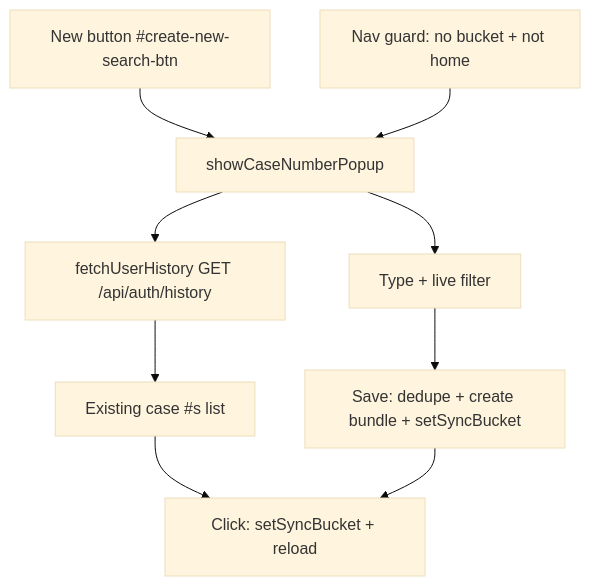
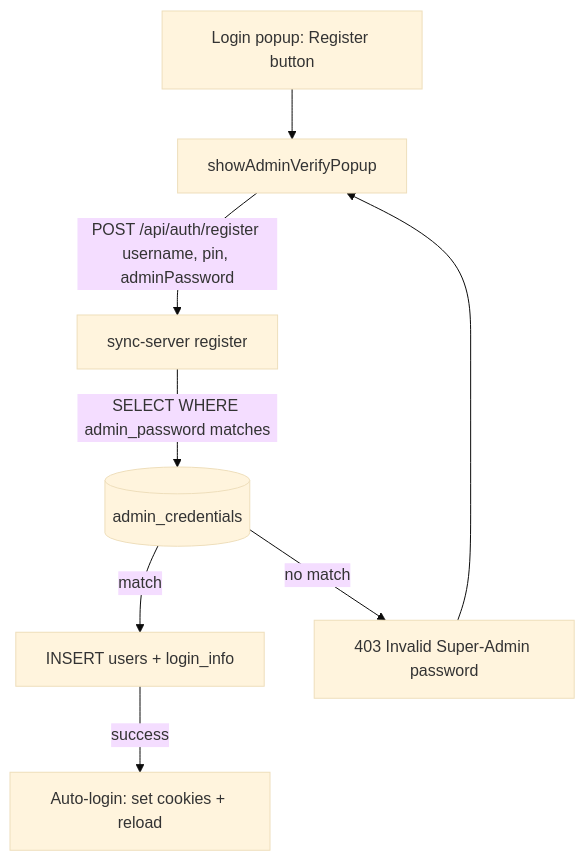
Before and after one commit to Jeremiahstauffur/SARWEBTHEORY2-BETA: the diagram in .junie/plans/case-number-management-popup.md, drawn with Mermaid (base theme). The commit also changed other lines of this file and 2 other files, not shown here.

First line of the commit message:
Add gated account registration with Super-Admin verification

````diff
--- a/.junie/plans/case-number-management-popup.md
+++ b/.junie/plans/case-number-management-popup.md
@@ -86,11 +104,10 @@
 ```mermaid
 graph TD
-    A[New button #create-new-search-btn] --> B[showCaseNumberPopup]
-    G[Nav guard: no bucket + not home] --> B
-    B --> C[fetchUserHistory GET /api/auth/history]
-    B --> D[Type + live filter]
-    D --> E[Save: dedupe + create bundle + setSyncBucket]
-    C --> F[Existing case #s list]
-    F --> H[Click: setSyncBucket + reload]
-    E --> H
+    A[Login popup: Register button] --> B[showAdminVerifyPopup]
+    B -->|POST /api/auth/register username, pin, adminPassword| C[sync-server register]
+    C -->|SELECT WHERE admin_password matches| D[(admin_credentials)]
+    D -->|match| E[INSERT users + login_info]
+    D -->|no match| F[403 Invalid Super-Admin password]
+    E -->|success| G[Auto-login: set cookies + reload]
+    F --> B
 ```
````
